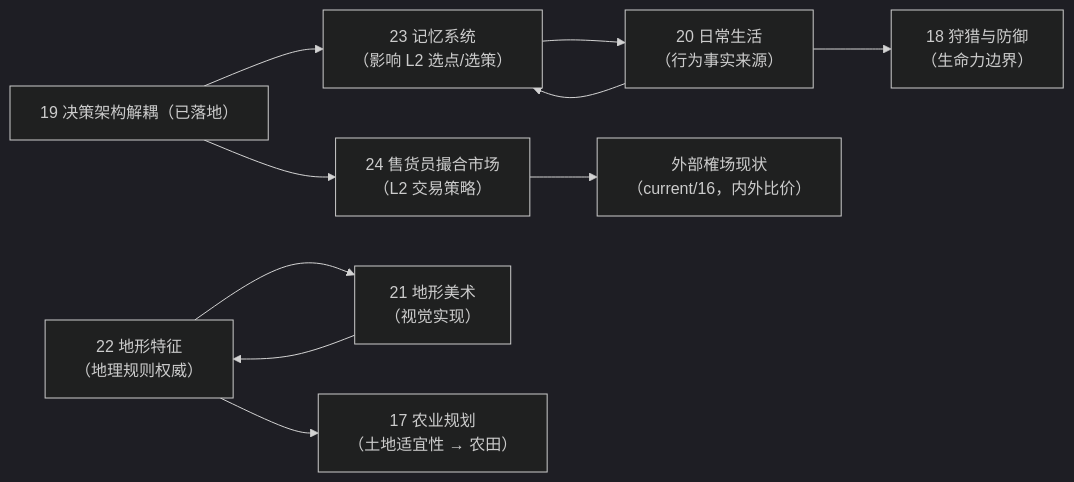
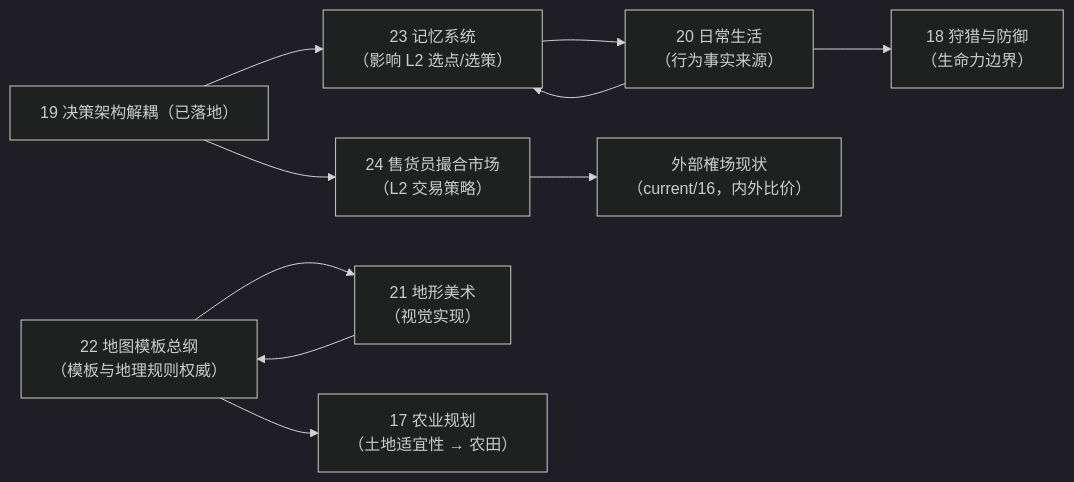
The diagram in docs/11-plan.md (g39088902/FlowAndAccord), drawn with Mermaid (dark theme) before and after one commit. The commit also changed other lines of this file and 10 other files, not shown here.

````diff
--- a/docs/11-plan.md
+++ b/docs/11-plan.md
@@ -610,12 +610,12 @@
 ```mermaid
 graph LR
     A["19 决策架构解耦（已落地）"] --> B["23 记忆系统<br>（影响 L2 选点/选策）"]
     A --> H["24 售货员撮合市场<br>（L2 交易策略）"]
     C["20 日常生活<br>（行为事实来源）"] --> B
-    D["22 地形特征<br>（地理规则权威）"] --> E["21 地形美术<br>（视觉实现）"]
+    D["22 地图模板总纲<br>（模板与地理规则权威）"] --> E["21 地形美术<br>（视觉实现）"]
     E --> D
     D --> F["17 农业规划<br>（土地适宜性 → 农田）"]
     C --> G["18 狩猎与防御<br>（生命力边界）"]
     B --> C
     H --> I["外部榷场现状<br>（current/16，内外比价）"]
 ```
````
